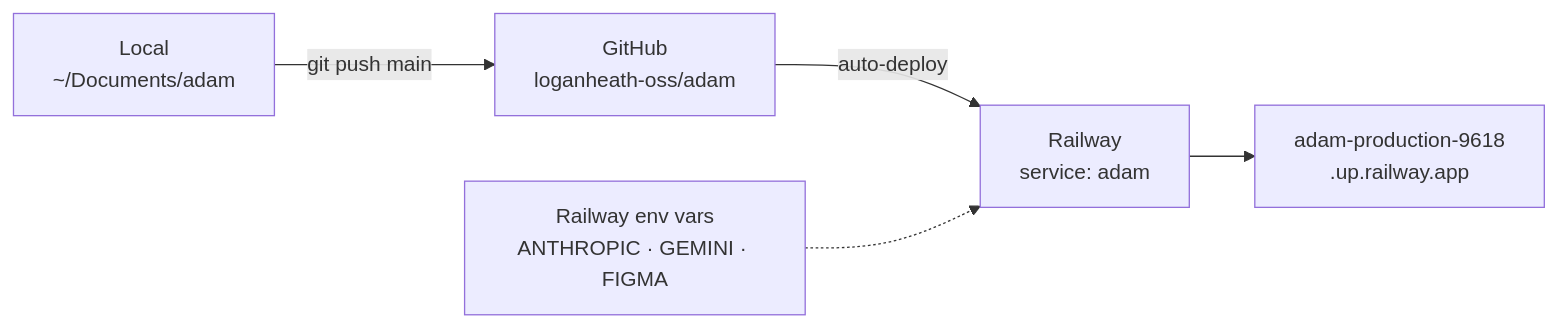
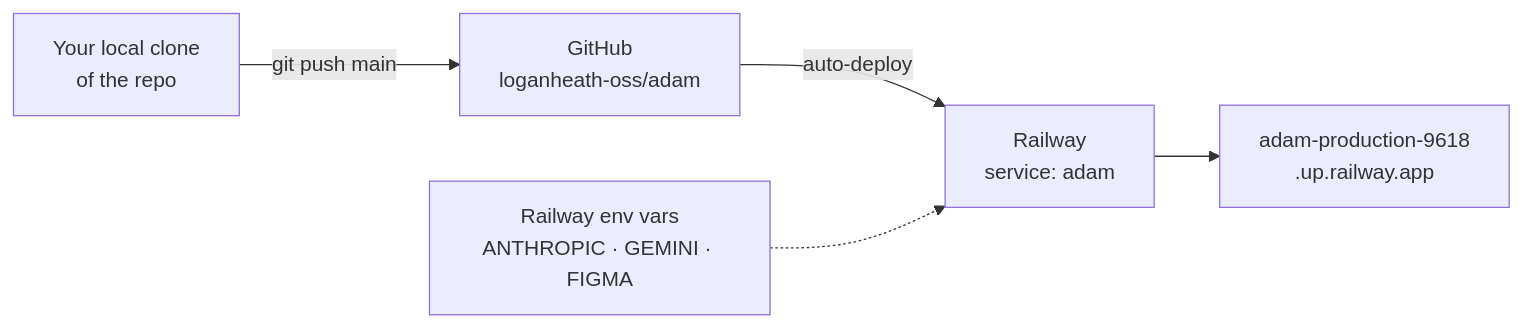
One commit to loganheath-oss/adam changed the diagram in docs/wiki/08-deployment-and-ops.md. Above: the diagram before and after it, drawn with Mermaid. The commit also changed other lines of this file and 8 other files, not shown here.

First line of the commit message:
Wiki: remaining diagrams + handoff ownership audit + accuracy fixes

````diff
--- a/docs/wiki/08-deployment-and-ops.md
+++ b/docs/wiki/08-deployment-and-ops.md
@@ -5,7 +5,7 @@
 ```mermaid
 flowchart LR
-  DEV["Local<br/>~/Documents/adam"] -->|git push main| GH["GitHub<br/>loganheath-oss/adam"]
+  DEV["Your local clone<br/>of the repo"] -->|git push main| GH["GitHub<br/>loganheath-oss/adam"]
   GH -->|auto-deploy| RW["Railway<br/>service: adam"]
   RW --> URL["adam-production-9618<br/>.up.railway.app"]
   ENV["Railway env vars<br/>ANTHROPIC · GEMINI · FIGMA"] -.-> RW
 ```
````
